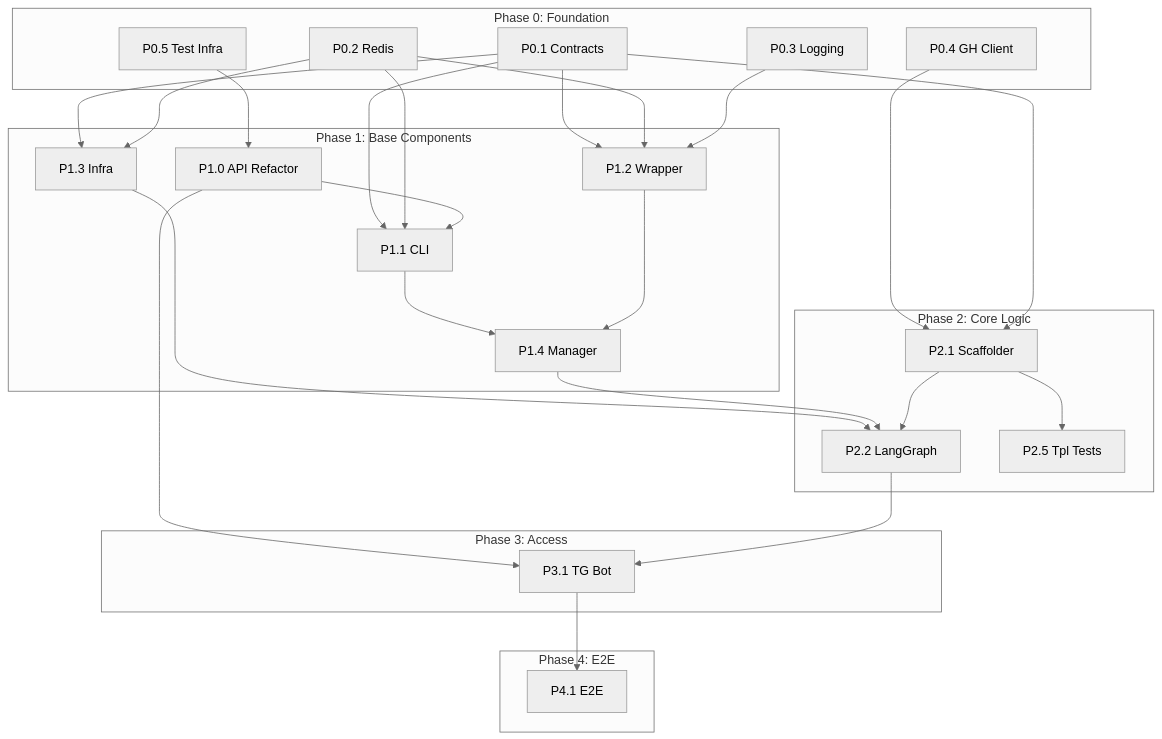
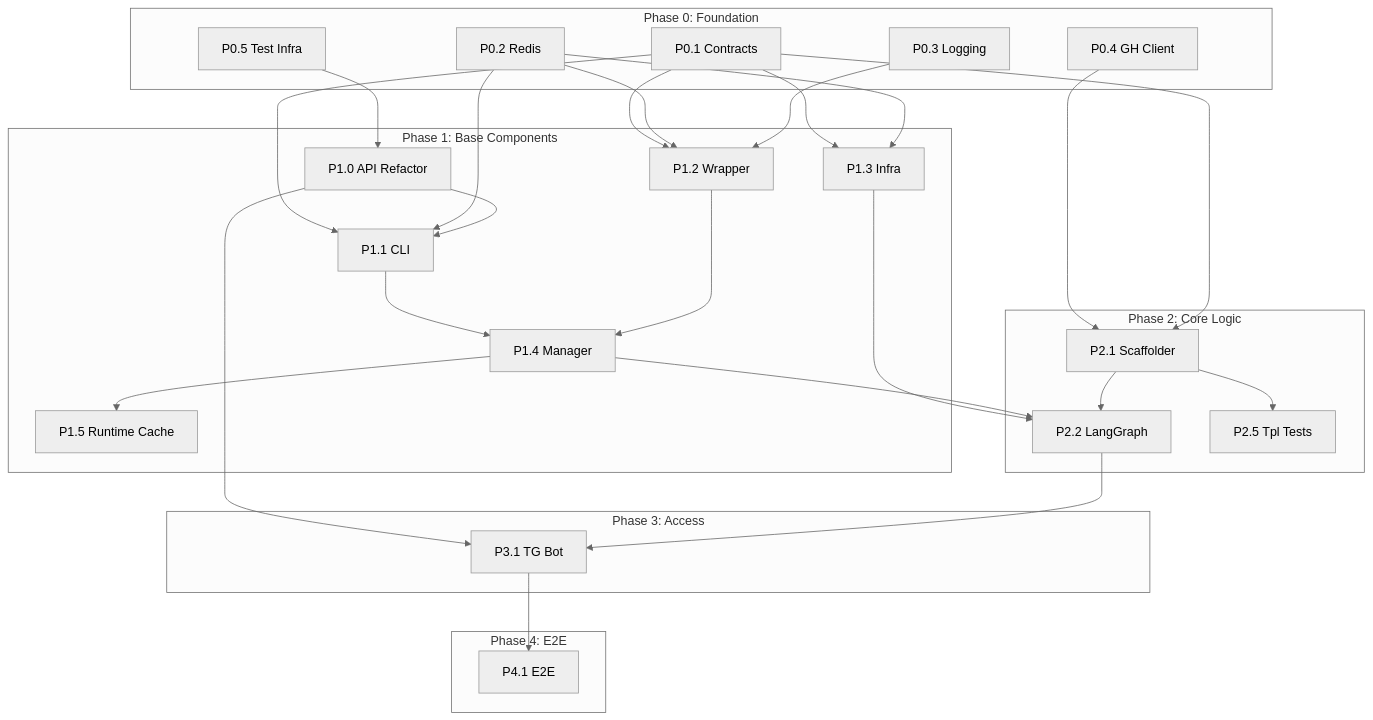
One commit to vladmesh/codegen_orchestrator changed the diagram in docs/new_architecture/MIGRATION_PLAN.md. Above: the diagram before and after it, drawn with Mermaid (neutral theme). The commit also changed other lines of this file and 3 other files, not shown here.

````diff
--- a/docs/new_architecture/MIGRATION_PLAN.md
+++ b/docs/new_architecture/MIGRATION_PLAN.md
@@ -21,65 +21,69 @@
 ```mermaid
 flowchart TB
     subgraph Phase0["Phase 0: Foundation"]
         P0_1[P0.1 Contracts]
         P0_2[P0.2 Redis]
         P0_3[P0.3 Logging]
         P0_4[P0.4 GH Client]
         P0_5[P0.5 Test Infra]
     end
 
     subgraph Phase1["Phase 1: Base Components"]
         P1_0[P1.0 API Refactor]
         P1_1[P1.1 CLI]
         P1_2[P1.2 Wrapper]
         P1_3[P1.3 Infra]
         P1_4[P1.4 Manager]
+        P1_3[P1.3 Infra]
+        P1_4[P1.4 Manager]
+        P1_5[P1.5 Runtime Cache]
     end
 
     subgraph Phase2["Phase 2: Core Logic"]
         P2_1[P2.1 Scaffolder]
         P2_2[P2.2 LangGraph]
         P2_5[P2.5 Tpl Tests]
     end
 
     subgraph Phase3["Phase 3: Access"]
         P3_1[P3.1 TG Bot]
     end
 
     subgraph Phase4["Phase 4: E2E"]
         P4_1[P4.1 E2E]
     end
 
     %% Phase 1 Dependencies
     P0_5 --> P1_0
     
     P0_1 --> P1_1
     P0_2 --> P1_1
     P1_0 --> P1_1
 
     P0_1 --> P1_2
     P0_2 --> P1_2
     P0_3 --> P1_2
 
     P0_1 --> P1_3
     P0_2 --> P1_3
 
     P1_1 --> P1_4
     P1_2 --> P1_4
+    P1_4 --> P1_5
 
     %% Phase 2 Dependencies
     P0_4 --> P2_1
     P0_1 --> P2_1
 
     P1_3 --> P2_2
     P1_4 --> P2_2
     P2_1 --> P2_2
     P2_1 --> P2_5
 
     %% Phase 3 Dependencies
     P1_0 --> P3_1
     P2_2 --> P3_1
 
     %% Phase 4 Dependencies
     P3_1 --> P4_1
 ```
````
